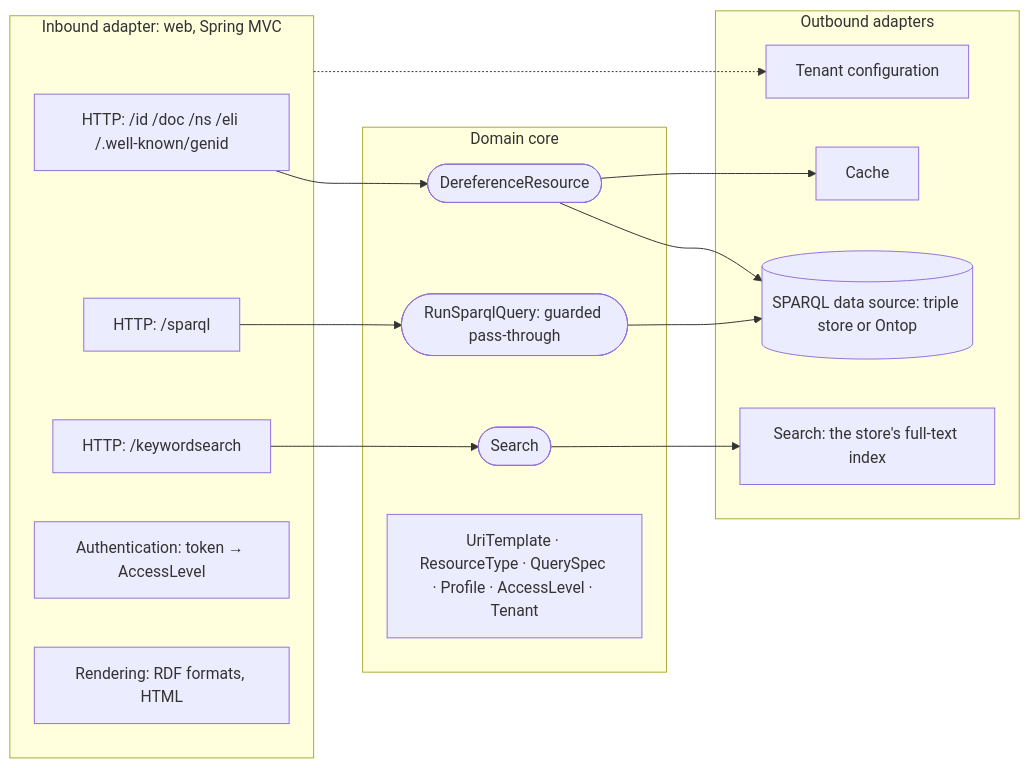
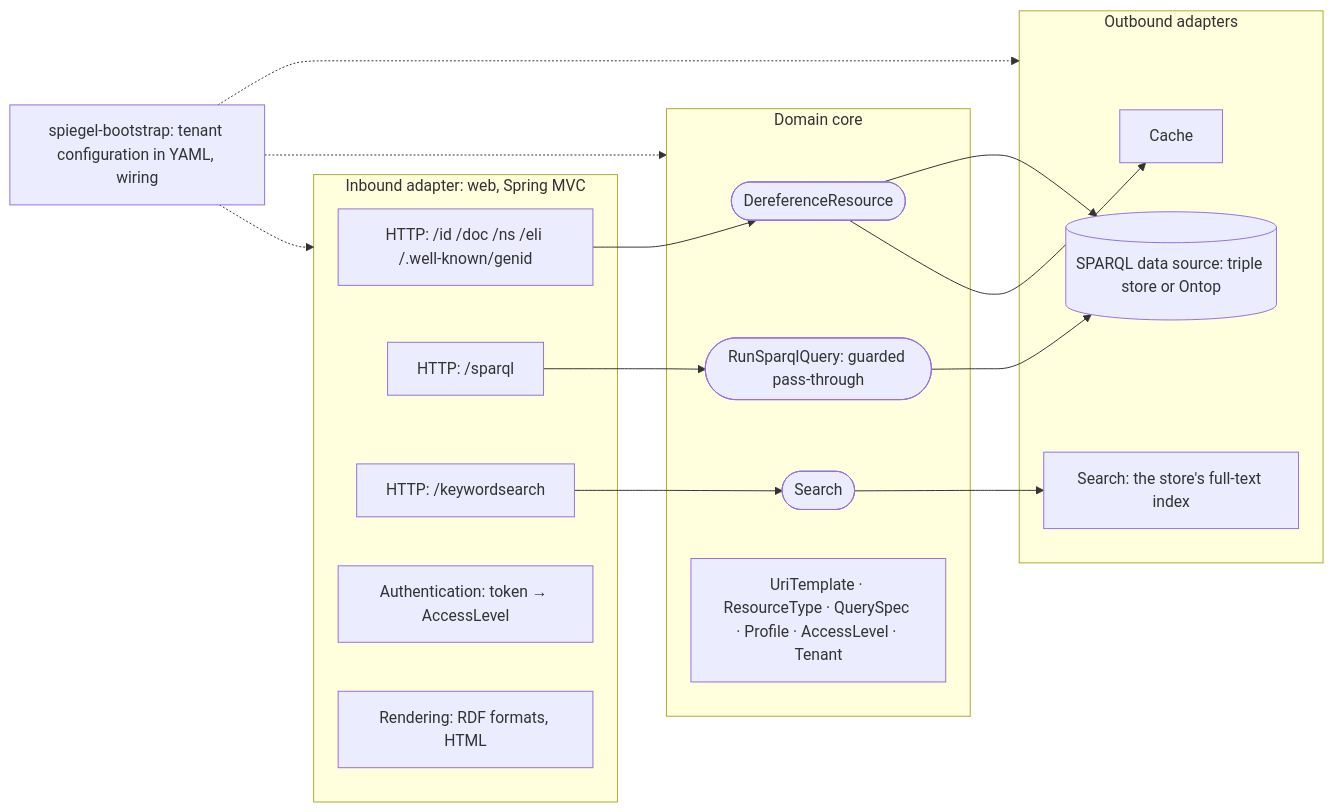
The second of 2 diagrams in docs/analysis/05-architecture/hexagonal-design.md (milieuinfo/SPieGeL), drawn with Mermaid before and after one commit. The commit also changed other lines of this file and 13 other files, not shown here.

First line of the commit message:
docs: configure tenants in YAML, bound in spiegel-bootstrap (ADR 0028)

````diff
--- a/docs/analysis/05-architecture/hexagonal-design.md
+++ b/docs/analysis/05-architecture/hexagonal-design.md
@@ -36,30 +36,31 @@
 ```mermaid
 flowchart LR
     subgraph inbound [Inbound adapter: web, Spring MVC]
         WEB[HTTP: /id /doc /ns /eli /.well-known/genid]
         SPQ[HTTP: /sparql]
         SRCH[HTTP: /keywordsearch]
         AUTH[Authentication: token → AccessLevel]
         REN[Rendering: RDF formats, HTML]
     end
     subgraph core [Domain core]
         UC1([DereferenceResource])
         UC2([RunSparqlQuery: guarded pass-through])
         UC3([Search])
         M[UriTemplate · ResourceType · QuerySpec · Profile · AccessLevel · Tenant]
     end
     subgraph outbound [Outbound adapters]
-        CFG[Tenant configuration]
         CACHE[Cache]
         DS[(SPARQL data source: triple store or Ontop)]
         SI[Search: the store's full-text index]
     end
+    BOOT[spiegel-bootstrap: tenant configuration in YAML, wiring] -.-> inbound
+    BOOT -.-> core
+    BOOT -.-> outbound
     WEB --> UC1
     SPQ --> UC2
     SRCH --> UC3
-    inbound -.-> CFG
     UC1 --> CACHE
     UC1 --> DS
     UC2 --> DS
     UC3 --> SI
 ```
````
